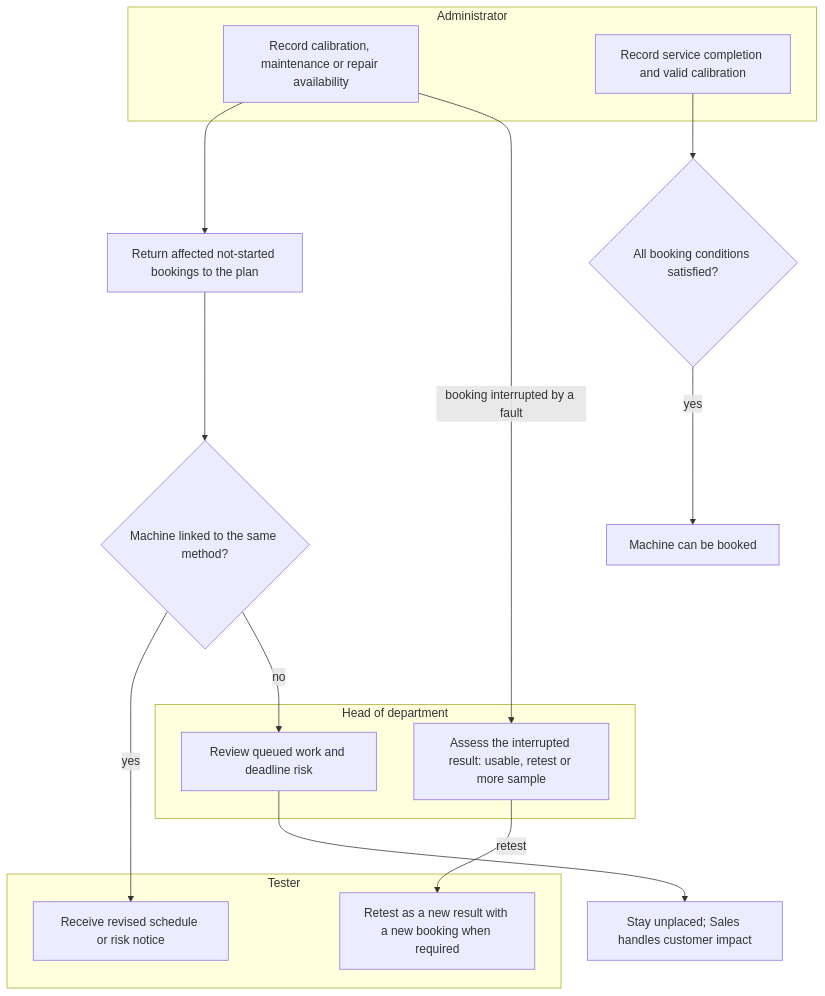
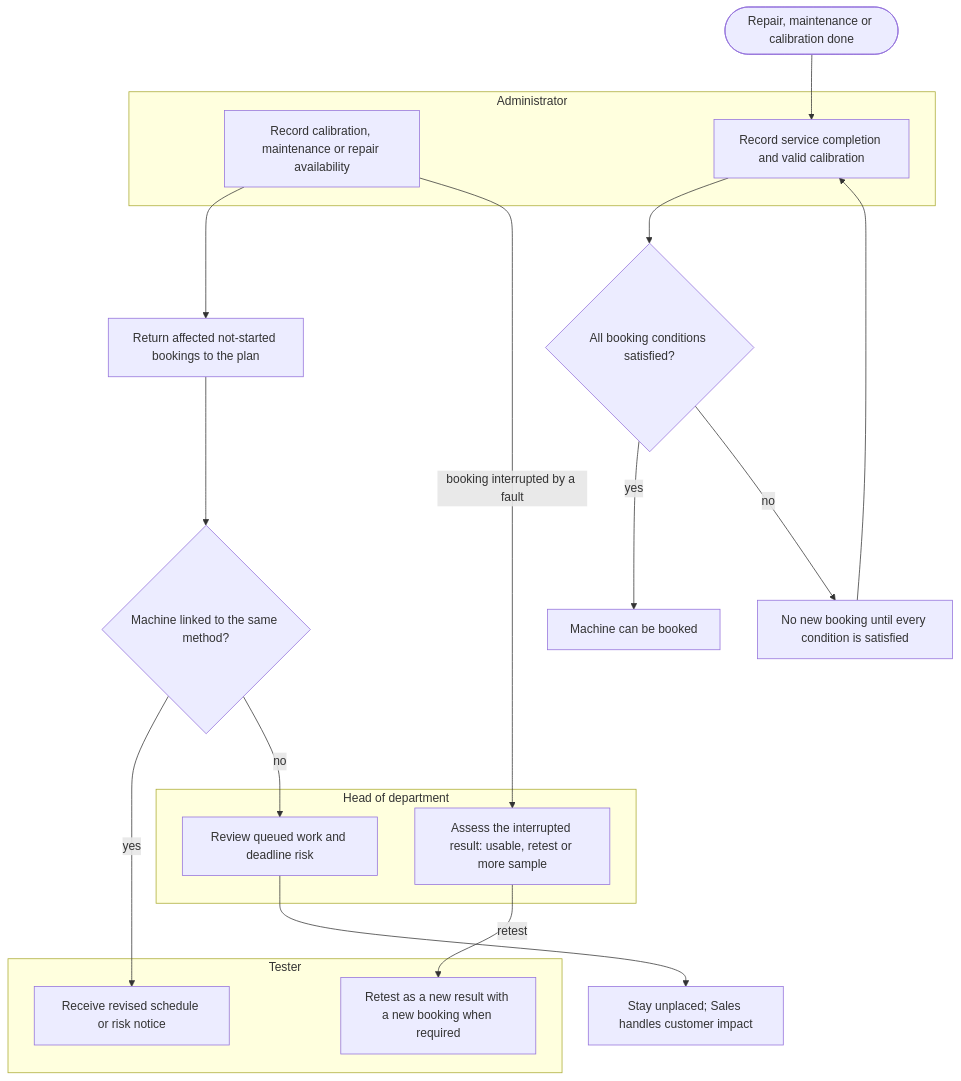
Diagram 11 of 17 in docs/functional/business-flows.md (SoltuneMontepre/medilab), drawn with Mermaid before and after one commit. The commit also changed other lines of this file and 122 other files, not shown here.

First line of the commit message:
[docs] Align the requirements with the final activity diagrams and BM04 v1.1 (#551)

````diff
--- a/docs/functional/business-flows.md
+++ b/docs/functional/business-flows.md
@@ -496,22 +532,24 @@
 ```mermaid
 flowchart TD
     subgraph lane29 ["Administrator"]
         a1[Record calibration, maintenance or repair availability]
         a2[Record service completion and valid calibration]
     end
     subgraph lane28 ["Head of department"]
         h1[Assess the interrupted result: usable, retest or more sample]
         h2[Review queued work and deadline risk]
     end
     subgraph lane27 ["Tester"]
         t1[Receive revised schedule or risk notice]
         t2[Retest as a new result with a new booking when required]
     end
     a1 --> q[Return affected not-started bookings to the plan]
     a1 -->|booking interrupted by a fault| h1 -->|retest| t2
     q --> other{Machine linked to the same method?}
     other -->|yes| t1
     other -->|no| h2 --> wait[Stay unplaced; Sales handles customer impact]
+    serviced([Repair, maintenance or calibration done]) --> a2
     a2 --> fit{All booking conditions satisfied?}
     fit -->|yes| available[Machine can be booked]
+    fit -->|no| blocked[No new booking until every condition is satisfied] --> a2
 ```
````
